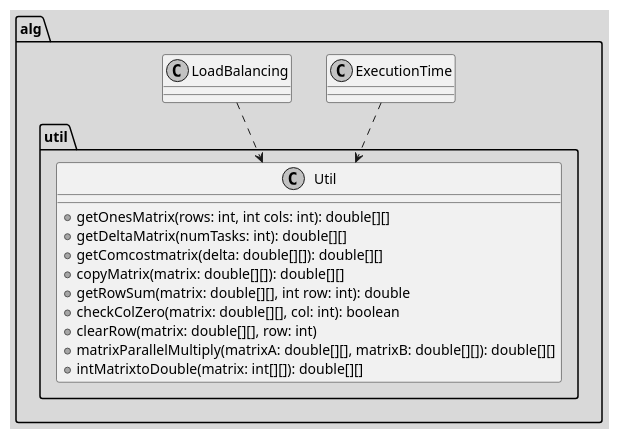
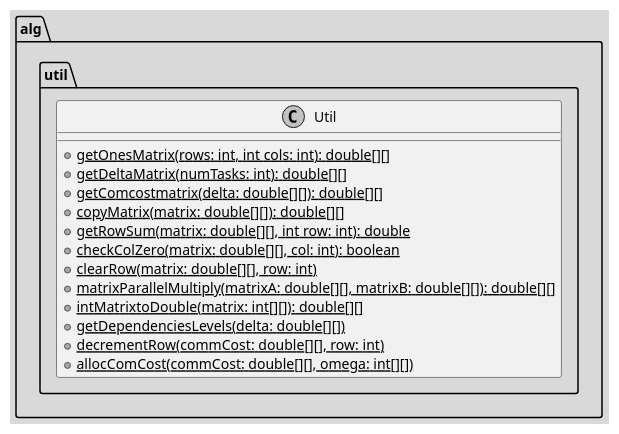
Before and after one commit to pjcuadra/galob: the fourth of 7 diagrams in docs/source/arch/overview.rst, drawn with PlantUML. The commit also changed other lines of this file and 2 other files, not shown here.

Commit message:
chg: dev: Update Architecture overview and fix some visibility issues

```diff
--- a/docs/source/arch/overview.rst
+++ b/docs/source/arch/overview.rst
@@ -129,30 +187,24 @@
 .. uml::
   :scale: 50 %
   :align: center
 
   skinparam monochrome true
   skinparam backgroundColor #d9d9d9
 
-  package alg {
-    class ExecutionTime
-    class LoadBalancing
-
-    package util {
-      class Util {
-        + getOnesMatrix(rows: int, int cols: int): double[][]
-        + getDeltaMatrix(numTasks: int): double[][]
-        + getComcostmatrix(delta: double[][]): double[][]
-        + copyMatrix(matrix: double[][]): double[][]
-        + getRowSum(matrix: double[][], int row: int): double
-        + checkColZero(matrix: double[][], col: int): boolean
-        + clearRow(matrix: double[][], row: int)
-        + matrixParallelMultiply(matrixA: double[][], matrixB: double[][]): double[][]
-        + intMatrixtoDouble(matrix: int[][]): double[][]
-      }
-
+  package alg.util {
+    class Util {
+      + {static} getOnesMatrix(rows: int, int cols: int): double[][]
+      + {static} getDeltaMatrix(numTasks: int): double[][]
+      + {static} getComcostmatrix(delta: double[][]): double[][]
+      + {static} copyMatrix(matrix: double[][]): double[][]
+      + {static} getRowSum(matrix: double[][], int row: int): double
+      + {static} checkColZero(matrix: double[][], col: int): boolean
+      + {static} clearRow(matrix: double[][], row: int)
+      + {static} matrixParallelMultiply(matrixA: double[][], matrixB: double[][]): double[][]
+      + {static} intMatrixtoDouble(matrix: int[][]): double[][]
+      + {static} getDependenciesLevels(delta: double[][])
+      + {static} decrementRow(commCost: double[][], row: int)
+      + {static} allocComCost(commCost: double[][], omega: int[][])
     }
 
-    ExecutionTime ..> Util
-    LoadBalancing ..> Util
-
   }
```
